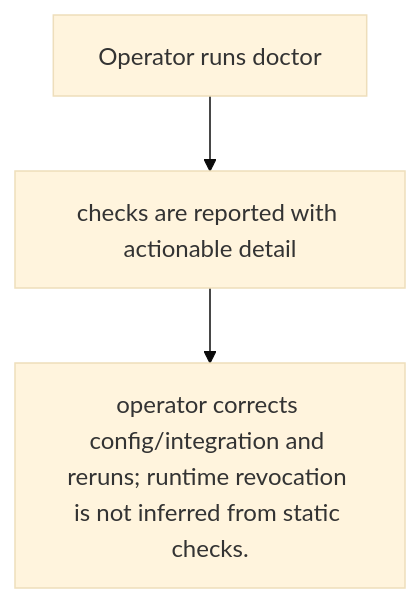
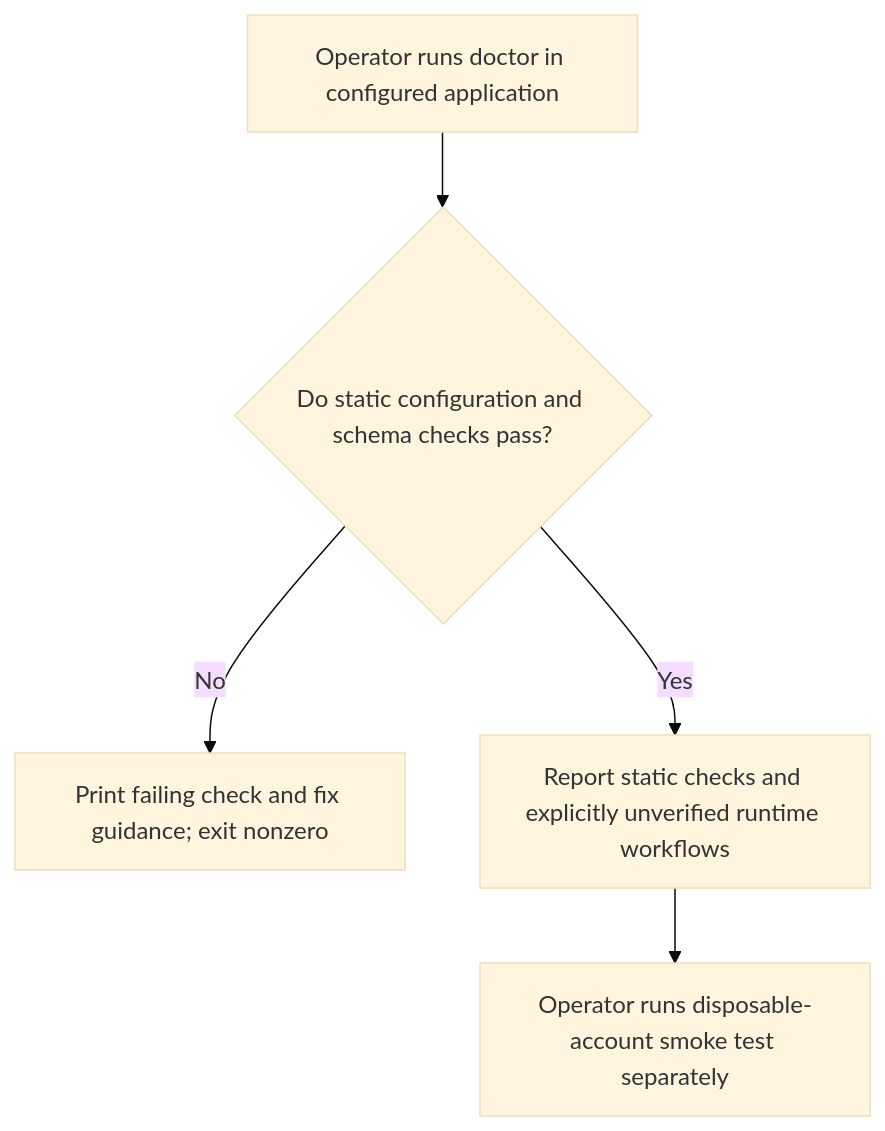
Before and after one commit to Kevinjohn/oss-adonisjs-account-kit: the first of 2 diagrams in user-stories/US-ACCOUNT-32-diagnose-account-kit.md, drawn with Mermaid (base theme). The commit also changed other lines of this file and 29 other files, not shown here.

````diff
--- a/user-stories/US-ACCOUNT-32-diagnose-account-kit.md
+++ b/user-stories/US-ACCOUNT-32-diagnose-account-kit.md
@@ -20,8 +18,7 @@
 ```mermaid
 flowchart TD
-    U0["Operator runs doctor"]
-    U1["checks are reported with actionable detail"]
-    U0 --> U1
-    U2["operator corrects config/integration and reruns; runtime revocation is not inferred from static checks."]
-    U1 --> U2
+ A["Operator runs doctor in configured application"] --> B{"Do static configuration and schema checks pass?"}
+ B -->|No| C["Print failing check and fix guidance; exit nonzero"]
+ B -->|Yes| D["Report static checks and explicitly unverified runtime workflows"]
+ D --> E["Operator runs disposable-account smoke test separately"]
 ```
````
